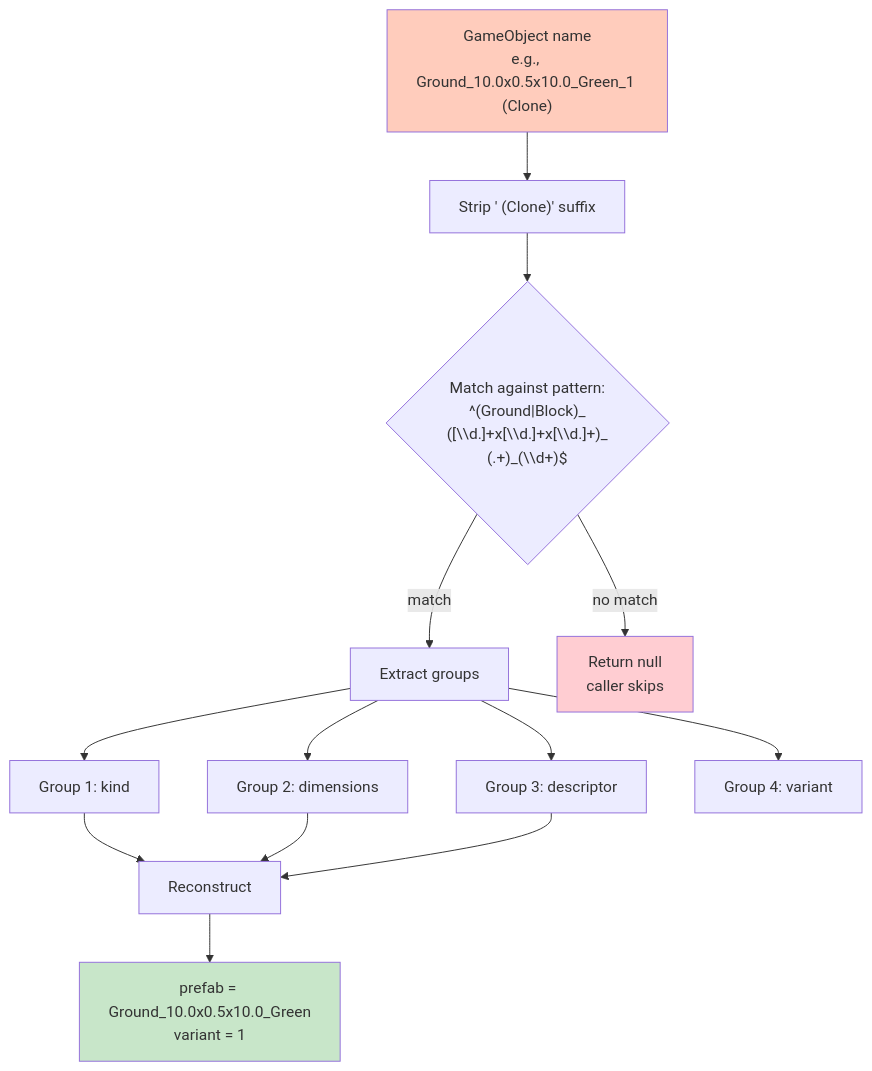
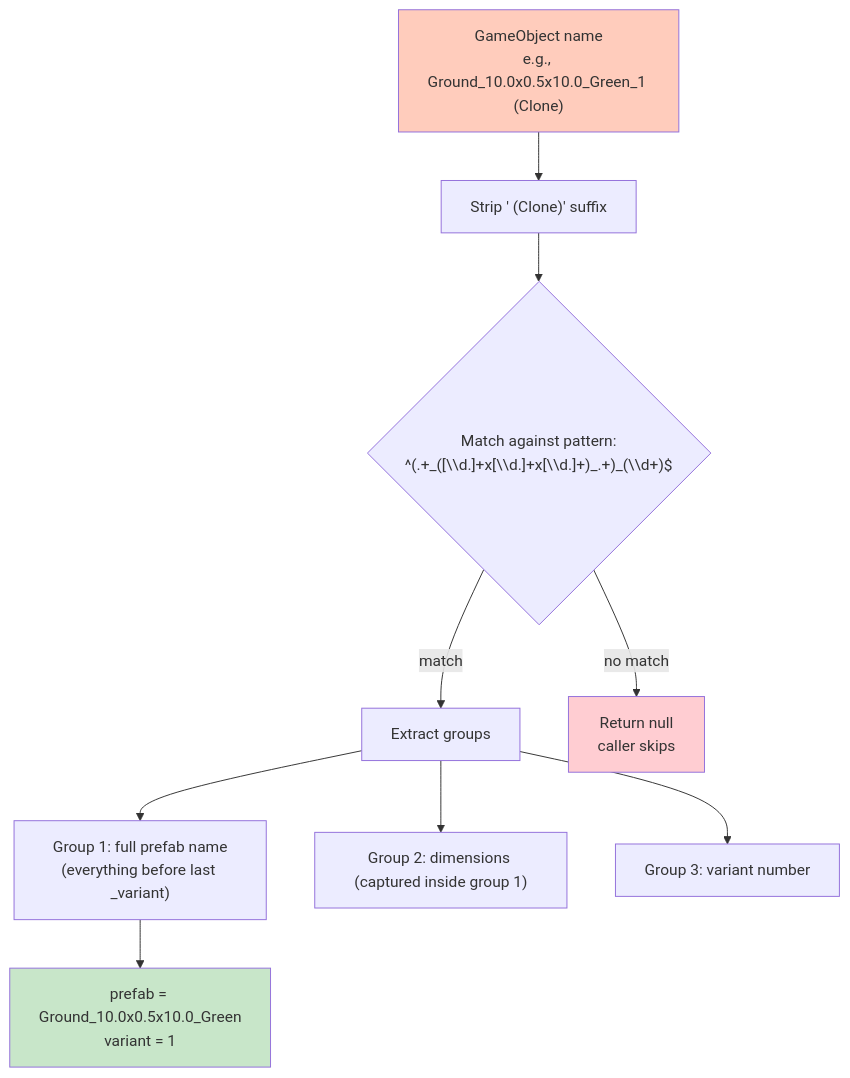
Before and after one commit to hiroxpepe/briko: diagram 16 of 39 in docs/briko_spec.md, drawn with Mermaid. The commit also changed other lines of this file and 25 other files, not shown here.

````diff
--- a/docs/briko_spec.md
+++ b/docs/briko_spec.md
@@ -523,24 +525,19 @@
 ```mermaid
 flowchart TB
     Input["GameObject name<br/>e.g., Ground_10.0x0.5x10.0_Green_1 (Clone)"]
     Input --> Strip["Strip ' (Clone)' suffix"]
-    Strip --> Regex{"Match against pattern:<br/>^(Ground|Block)_<br/>([\\d.]+x[\\d.]+x[\\d.]+)_<br/>(.+)_(\\d+)$"}
+    Strip --> Regex{"Match against pattern:<br/>^(.+_([\\d.]+x[\\d.]+x[\\d.]+)_.+)_(\\d+)$"}
 
     Regex -->|match| Extract[Extract groups]
-    Extract --> E1["Group 1: kind"]
-    Extract --> E2["Group 2: dimensions"]
-    Extract --> E3["Group 3: descriptor"]
-    Extract --> E4["Group 4: variant"]
+    Extract --> E1["Group 1: full prefab name<br/>(everything before last _variant)"]
+    Extract --> E2["Group 2: dimensions (captured inside group 1)"]
+    Extract --> E3["Group 3: variant number"]
 
-    E1 --> Combine[Reconstruct]
-    E2 --> Combine
-    E3 --> Combine
-
-    Combine --> Output["prefab = Ground_10.0x0.5x10.0_Green<br/>variant = 1"]
+    E1 --> Output["prefab = Ground_10.0x0.5x10.0_Green<br/>variant = 1"]
 
     Regex -->|no match| Null[Return null<br/>caller skips]
 
     style Input fill:#ffccbc
     style Output fill:#c8e6c9
     style Null fill:#ffcdd2
 ```
````
